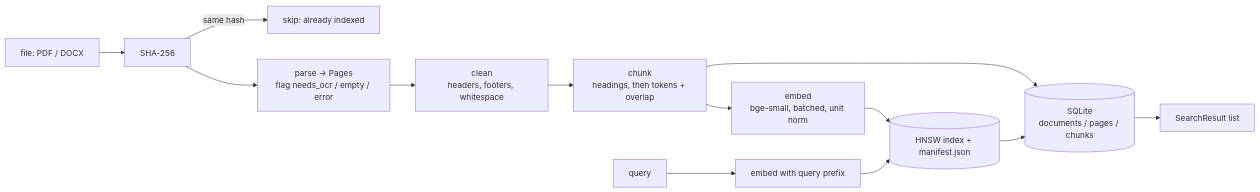
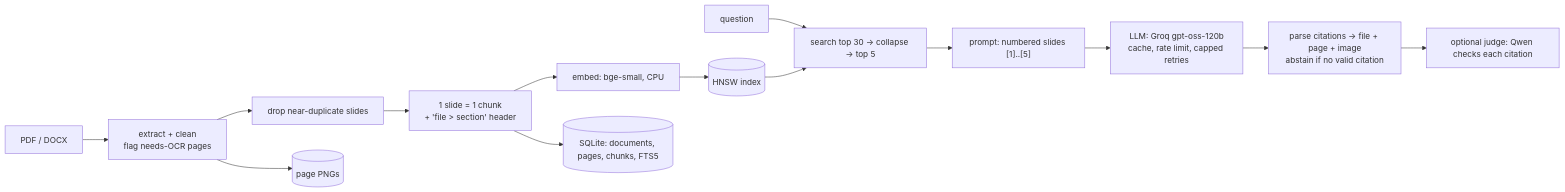
Before and after one commit to amanpandey-git/corner_stone: the diagram in README.md, drawn with Mermaid. The commit also changed other lines of this file, not shown here.

````diff
--- a/README.md
+++ b/README.md
@@ -29,12 +33,14 @@
 ```mermaid
 flowchart LR
-  U[file: PDF / DOCX] --> H[SHA-256]
-  H -->|same hash| SKIP[skip: already indexed]
-  H --> P[parse -> Pages<br/>flag needs_ocr / empty / error]
-  P --> C[clean<br/>headers, footers, whitespace]
-  C --> K[chunk<br/>headings, then tokens + overlap]
-  K --> E[embed<br/>bge-small, batched, unit norm]
-  K --> S[(SQLite<br/>documents / pages / chunks)]
-  E --> V[(HNSW index + manifest.json)]
-  Q[query] --> QE[embed with query prefix] --> V --> S --> R[SearchResult list]
+  F[PDF / DOCX] --> X[extract + clean<br/>flag needs-OCR pages]
+  X --> D[drop near-duplicate slides]
+  D --> C[1 slide = 1 chunk<br/>+ 'file > section' header]
+  C --> E[embed: bge-small, CPU] --> V[(HNSW index)]
+  C --> S[(SQLite: documents, pages, chunks, FTS5)]
+  X --> I[(page PNGs)]
+  Q[question] --> R[search top 30 -> collapse -> top 5]
+  V --> R
+  R --> P["prompt: numbered slides [1]..[5]"] --> L[LLM: Groq gpt-oss-120b<br/>cache, rate limit, capped retries]
+  L --> A[parse citations -> file + page + image<br/>abstain if no valid citation]
+  A --> J[optional judge: Qwen checks each citation]
 ```
````
